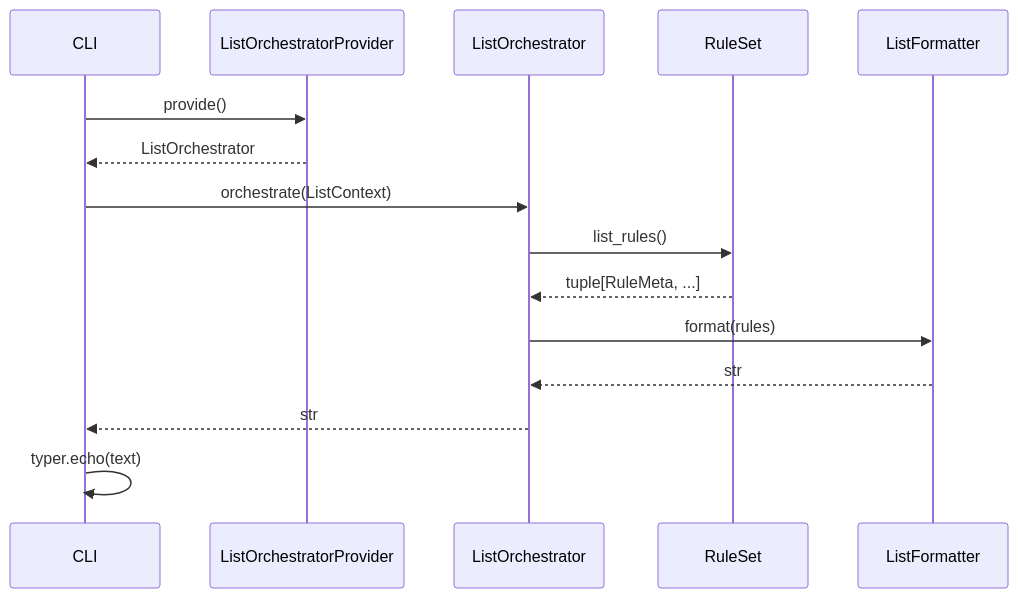
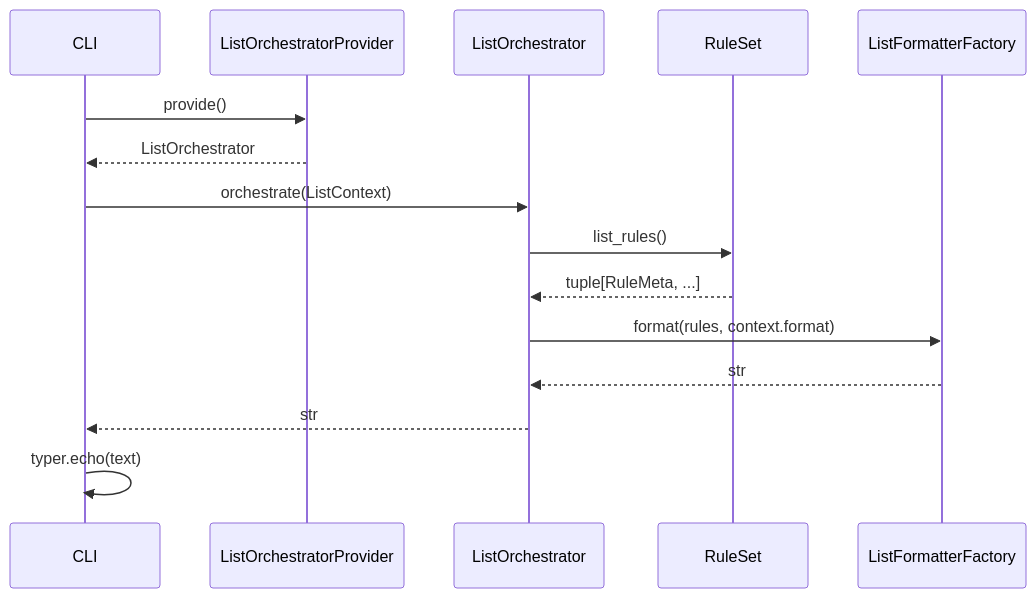
One commit to tmknom/paladin changed the second of 2 diagrams in docs/specs/list/design.md. Above: the diagram before and after it, drawn with Mermaid. The commit also changed other lines of this file and 9 other files, not shown here.

First line of the commit message:
feat(list): list コマンドに --format json オプションを追加する

````diff
--- a/docs/specs/list/design.md
+++ b/docs/specs/list/design.md
@@ -103,18 +113,18 @@
 ```mermaid
 sequenceDiagram
     participant CLI
     participant Provider as ListOrchestratorProvider
     participant Orchestrator as ListOrchestrator
     participant RuleSet
-    participant Formatter as ListFormatter
+    participant Factory as ListFormatterFactory
 
     CLI->>Provider: provide()
     Provider-->>CLI: ListOrchestrator
     CLI->>Orchestrator: orchestrate(ListContext)
     Orchestrator->>RuleSet: list_rules()
     RuleSet-->>Orchestrator: tuple[RuleMeta, ...]
-    Orchestrator->>Formatter: format(rules)
-    Formatter-->>Orchestrator: str
+    Orchestrator->>Factory: format(rules, context.format)
+    Factory-->>Orchestrator: str
     Orchestrator-->>CLI: str
     CLI->>CLI: typer.echo(text)
 ```
````
